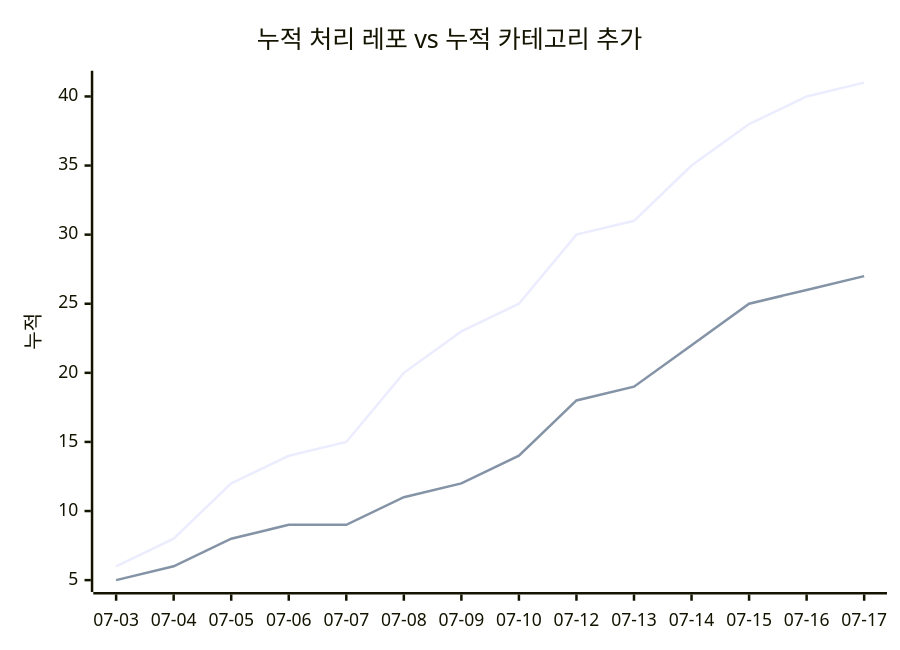
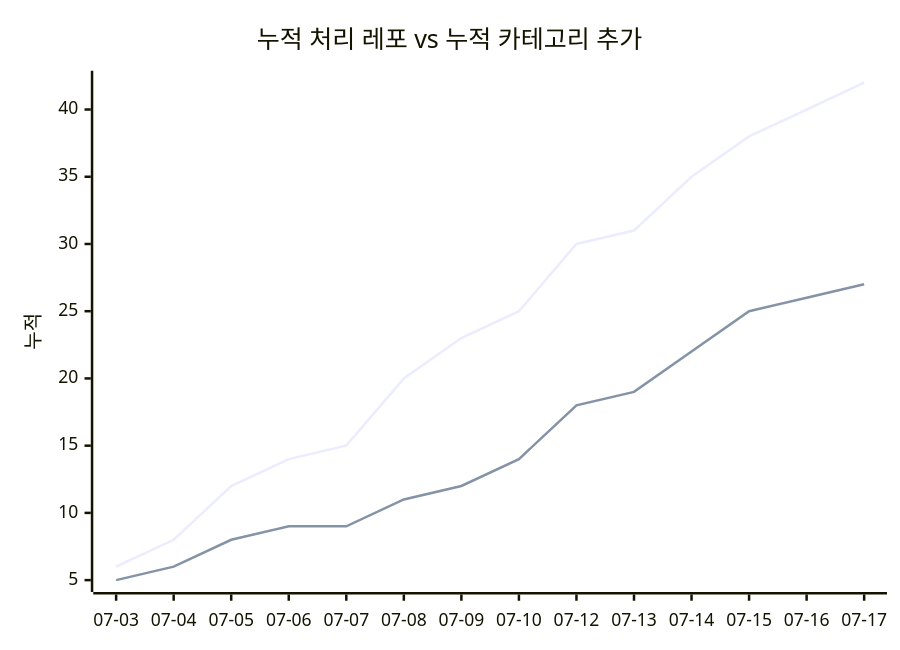
One commit to J-nowcow/awesome-korean-agent-skills changed the second of 2 diagrams in docs/trends.md. Above: the diagram before and after it, drawn with Mermaid. The commit also changed other lines of this file and 2 other files, not shown here.

````diff
--- a/docs/trends.md
+++ b/docs/trends.md
@@ -68,8 +68,8 @@
 ```mermaid
 xychart-beta
     title "누적 처리 레포 vs 누적 카테고리 추가"
     x-axis ["07-03","07-04","07-05","07-06","07-07","07-08","07-09","07-10","07-12","07-13","07-14","07-15","07-16","07-17"]
     y-axis "누적"
-    line [6,8,12,14,15,20,23,25,30,31,35,38,40,41]
+    line [6,8,12,14,15,20,23,25,30,31,35,38,40,42]
     line [5,6,8,9,9,11,12,14,18,19,22,25,26,27]
 ```
````
